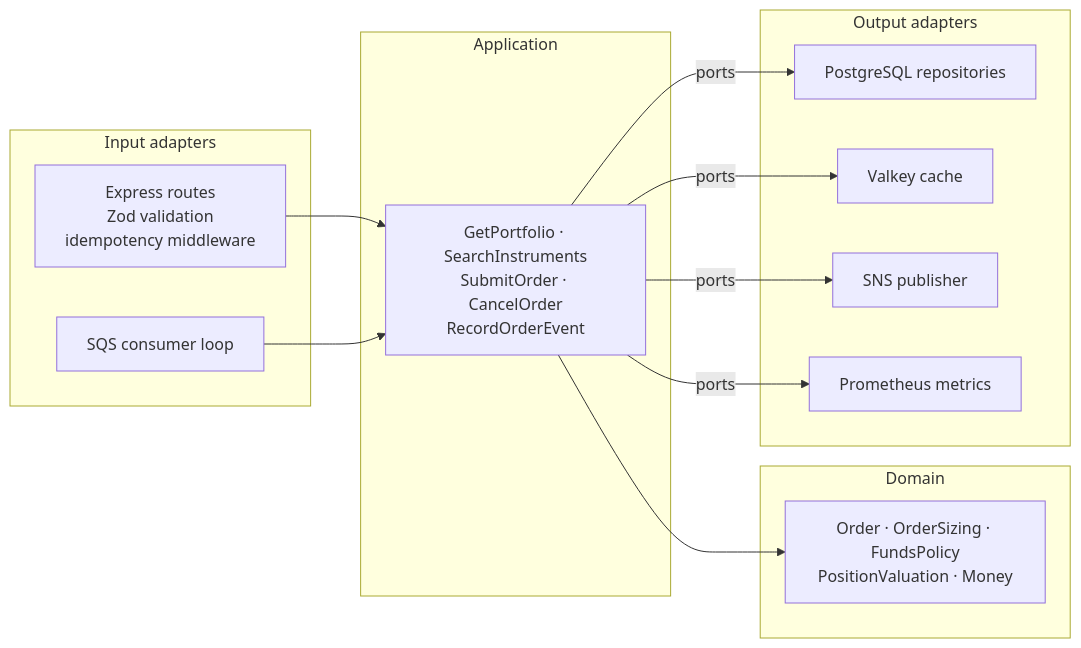
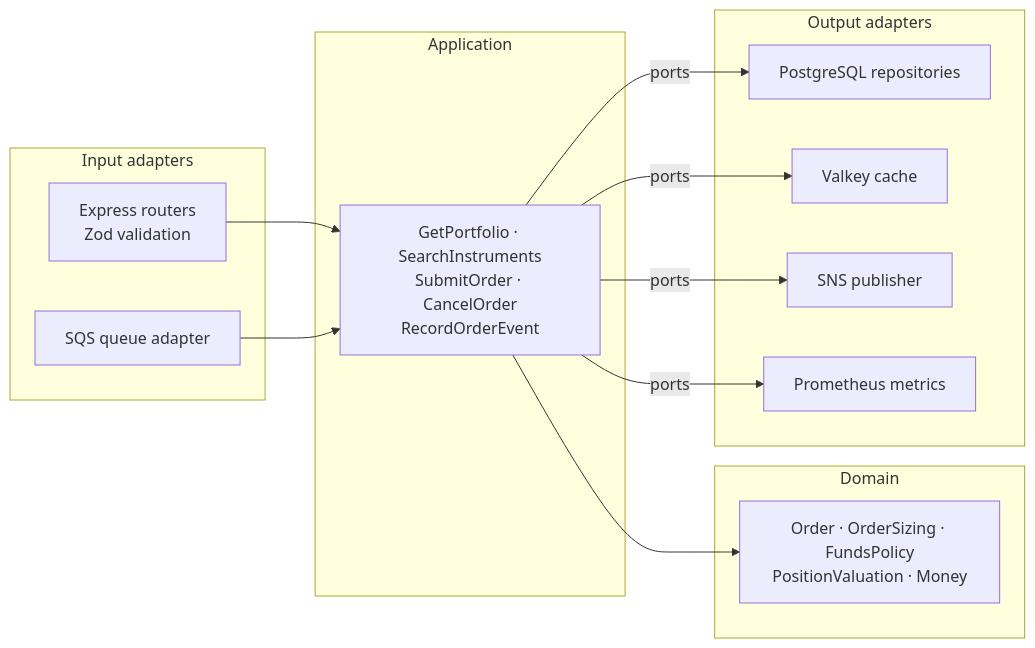
Before and after one commit to Samuel0023/cocos-challenge: the first of 3 diagrams in docs/architecture.md, drawn with Mermaid. The commit also changed other lines of this file and 25 other files, not shown here.

````diff
--- a/docs/architecture.md
+++ b/docs/architecture.md
@@ -9,26 +7,26 @@
 ```mermaid
 flowchart LR
   subgraph IN["Input adapters"]
-    HTTP["Express routes<br/>Zod validation<br/>idempotency middleware"]
-    CONS["SQS consumer loop"]
+    HTTP["Express routers<br/>Zod validation"]
+    CONS["SQS queue adapter"]
   end
   subgraph APP["Application"]
     UC["GetPortfolio · SearchInstruments<br/>SubmitOrder · CancelOrder<br/>RecordOrderEvent"]
   end
   subgraph DOM["Domain"]
     D["Order · OrderSizing · FundsPolicy<br/>PositionValuation · Money"]
   end
   subgraph OUT["Output adapters"]
     PG["PostgreSQL repositories"]
     VK["Valkey cache"]
     SNS["SNS publisher"]
     MET["Prometheus metrics"]
   end
   HTTP --> UC
   CONS --> UC
   UC --> D
   UC -- ports --> PG
   UC -- ports --> VK
   UC -- ports --> SNS
   UC -- ports --> MET
 ```
````
